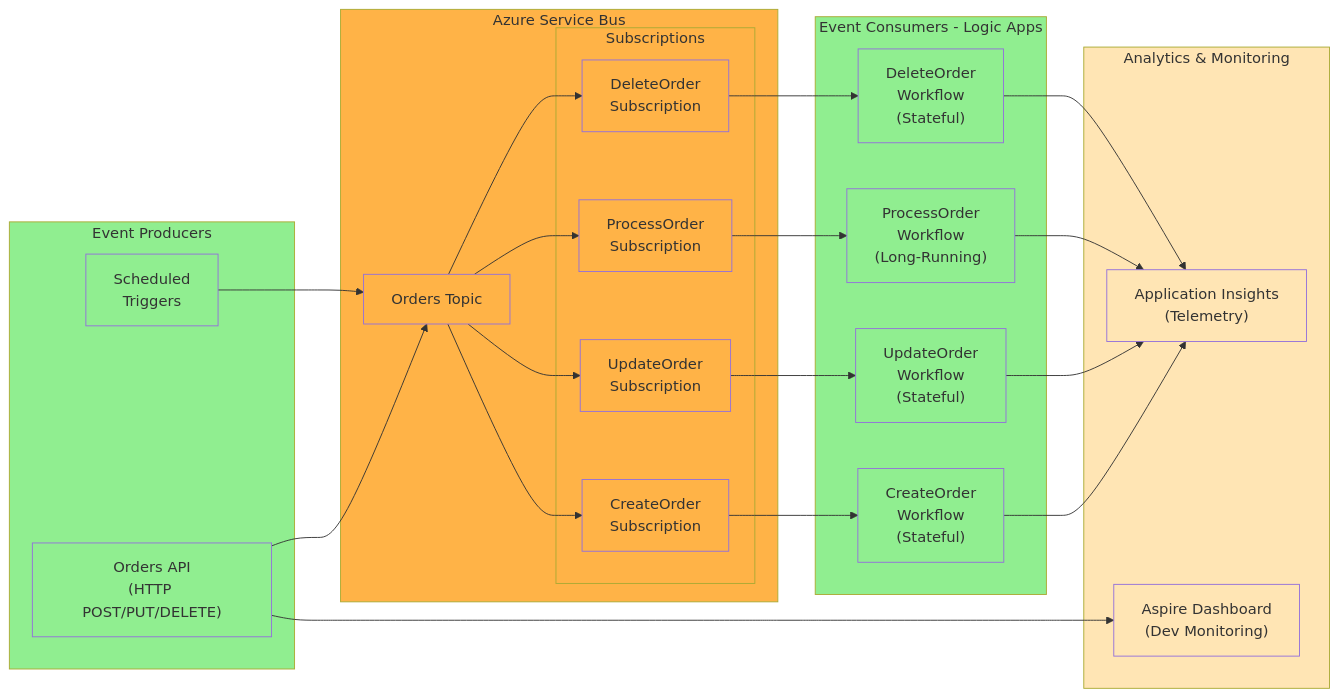
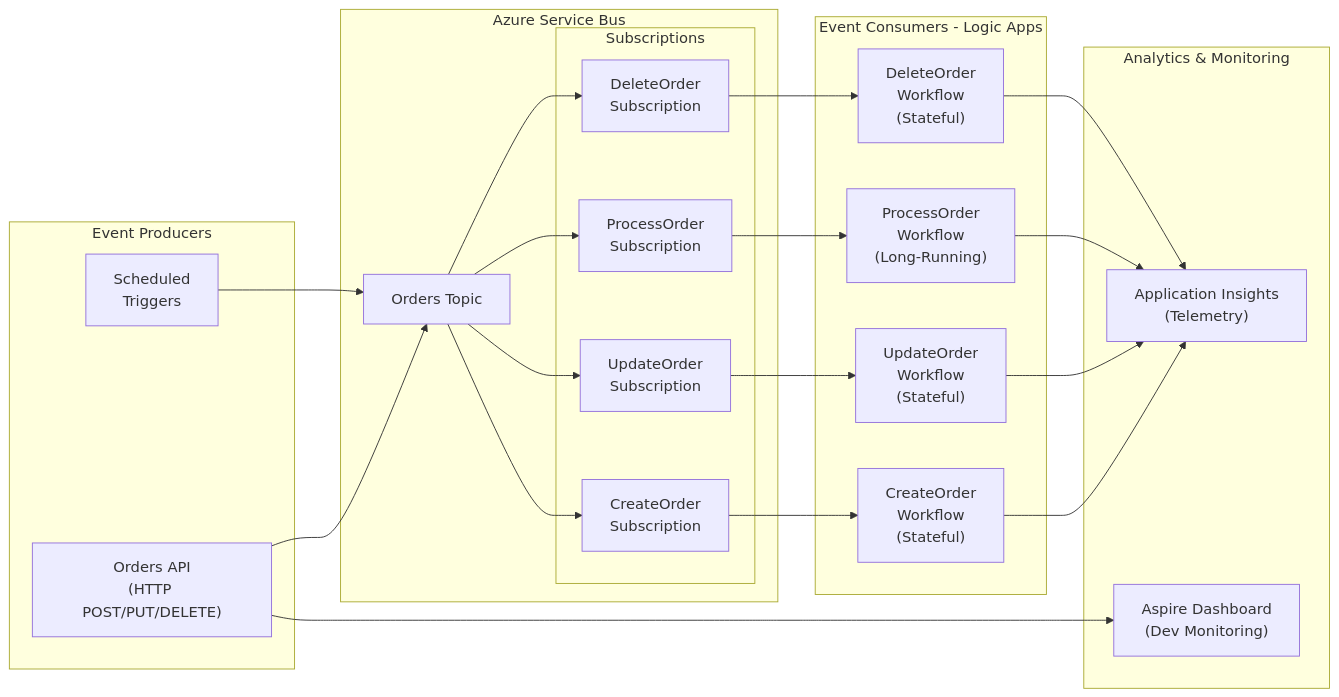
One commit to Evilazaro/Azure-LogicApps-Monitoring changed the seventh of 12 diagrams in README.md. Above: the diagram before and after it, drawn with Mermaid. The commit also changed other lines of this file, not shown here.

Commit message:
refactor: remove redundant style definitions from flowcharts in README.md

````diff
--- a/README.md
+++ b/README.md
@@ -552,68 +451,49 @@
 ```mermaid
 flowchart LR
     subgraph Producers["Event Producers"]
         OrdersAPI["Orders API<br/>(HTTP POST/PUT/DELETE)"]
         ScheduledTriggers["Scheduled<br/>Triggers"]
     end
     
     subgraph EventBus["Azure Service Bus"]
         OrdersTopic["Orders Topic"]
         subgraph Subscriptions["Subscriptions"]
             CreateOrderSub["CreateOrder<br/>Subscription"]
             UpdateOrderSub["UpdateOrder<br/>Subscription"]
             ProcessOrderSub["ProcessOrder<br/>Subscription"]
             DeleteOrderSub["DeleteOrder<br/>Subscription"]
         end
     end
     
     subgraph Consumers["Event Consumers - Logic Apps"]
         CreateWorkflow["CreateOrder<br/>Workflow<br/>(Stateful)"]
         UpdateWorkflow["UpdateOrder<br/>Workflow<br/>(Stateful)"]
         ProcessWorkflow["ProcessOrder<br/>Workflow<br/>(Long-Running)"]
         DeleteWorkflow["DeleteOrder<br/>Workflow<br/>(Stateful)"]
     end
     
     subgraph Analytics["Analytics & Monitoring"]
         AppInsights["Application Insights<br/>(Telemetry)"]
         AspireDashboard["Aspire Dashboard<br/>(Dev Monitoring)"]
     end
     
     OrdersAPI --> OrdersTopic
     ScheduledTriggers --> OrdersTopic
     
     OrdersTopic --> CreateOrderSub
     OrdersTopic --> UpdateOrderSub
     OrdersTopic --> ProcessOrderSub
     OrdersTopic --> DeleteOrderSub
     
     CreateOrderSub --> CreateWorkflow
     UpdateOrderSub --> UpdateWorkflow
     ProcessOrderSub --> ProcessWorkflow
     DeleteOrderSub --> DeleteWorkflow
     
     CreateWorkflow --> AppInsights
     UpdateWorkflow --> AppInsights
     ProcessWorkflow --> AppInsights
     DeleteWorkflow --> AppInsights
     
     OrdersAPI --> AspireDashboard
-    
-    style Producers fill:#90EE90
-    style EventBus fill:#FFB347
-    style Consumers fill:#90EE90
-    style Analytics fill:#FFE5B4
-    style OrdersAPI fill:#90EE90
-    style ScheduledTriggers fill:#90EE90
-    style OrdersTopic fill:#FFB347
-    style Subscriptions fill:#FFB347
-    style CreateOrderSub fill:#FFB347
-    style UpdateOrderSub fill:#FFB347
-    style ProcessOrderSub fill:#FFB347
-    style DeleteOrderSub fill:#FFB347
-    style CreateWorkflow fill:#90EE90
-    style UpdateWorkflow fill:#90EE90
-    style ProcessWorkflow fill:#90EE90
-    style DeleteWorkflow fill:#90EE90
-    style AppInsights fill:#FFE5B4
-    style AspireDashboard fill:#FFE5B4
 ```
````
